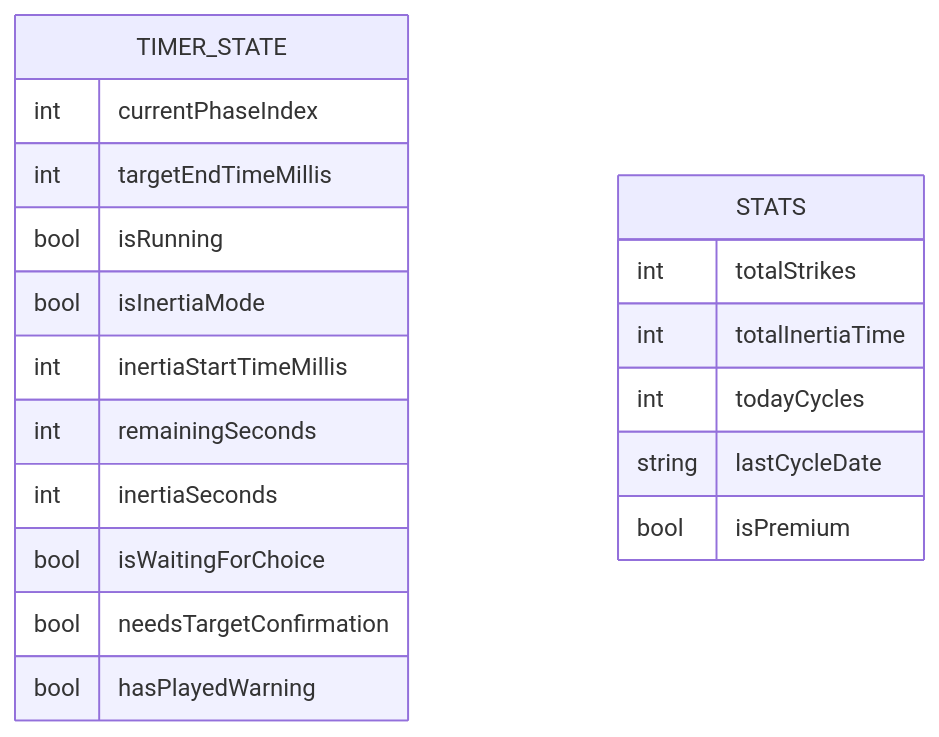
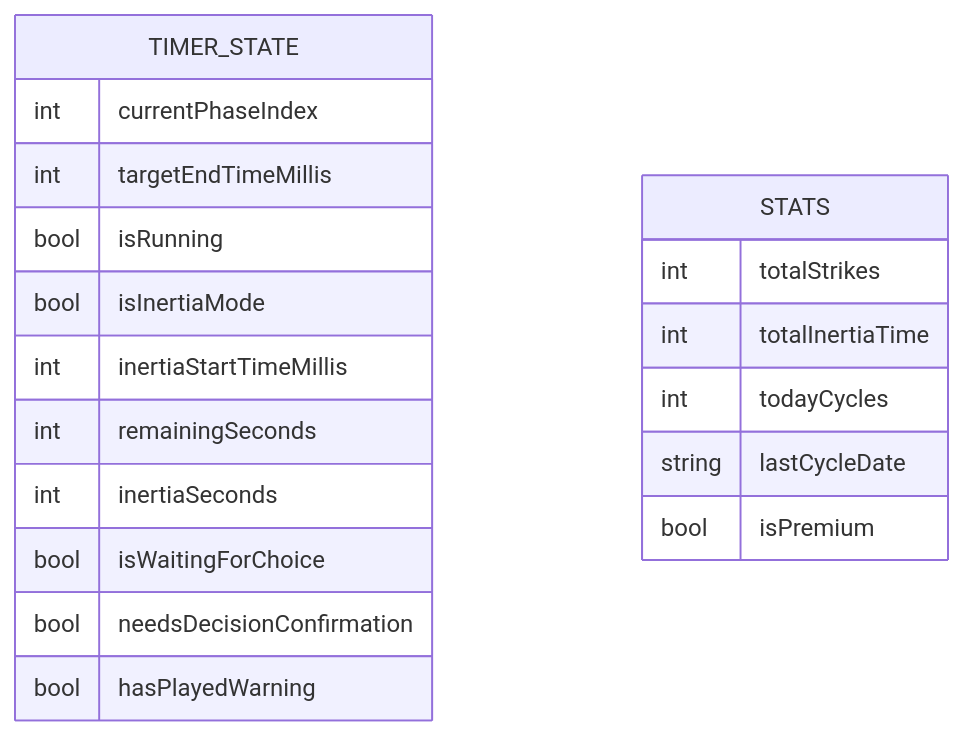
One commit to kirprong/bypass-1236 changed the second of 4 diagrams in TECH_SPEC.md. Above: the diagram before and after it, drawn with Mermaid. The commit also changed other lines of this file and 6 other files, not shown here.

````diff
--- a/TECH_SPEC.md
+++ b/TECH_SPEC.md
@@ -39,23 +39,23 @@
 ```mermaid
 erDiagram
     TIMER_STATE {
         int currentPhaseIndex
         int targetEndTimeMillis
         bool isRunning
         bool isInertiaMode
         int inertiaStartTimeMillis
         int remainingSeconds
         int inertiaSeconds
         bool isWaitingForChoice
-        bool needsTargetConfirmation
+        bool needsDecisionConfirmation
         bool hasPlayedWarning
     }
     
     STATS {
         int totalStrikes
         int totalInertiaTime
         int todayCycles
         string lastCycleDate
         bool isPremium
     }
 ```
````
